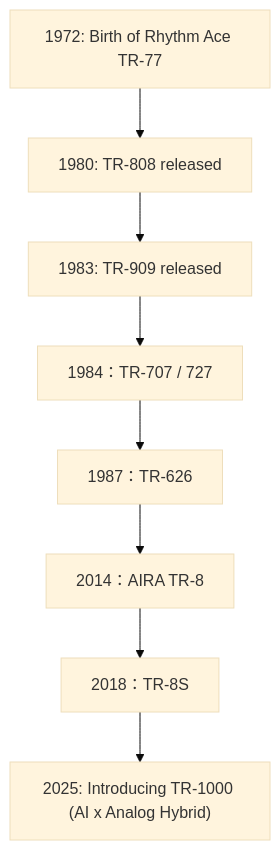
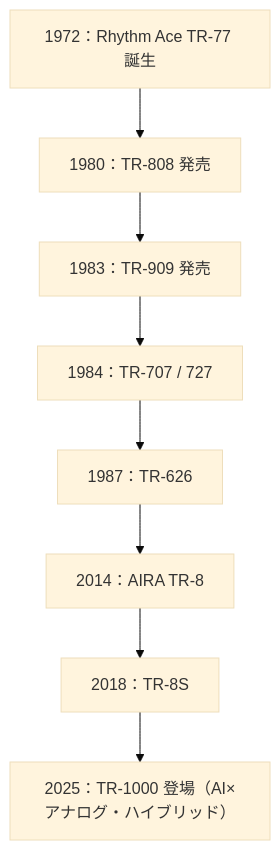
The diagram in en/_posts/2025-10-10-Colum-Roland-TR-1000.md (monumental-movement/monumental-movement.github.io), drawn with Mermaid (base theme) before and after one commit. The commit also changed other lines of this file and 2196 other files, not shown here.

```diff
--- a/en/_posts/2025-10-10-Colum-Roland-TR-1000.md
+++ b/en/_posts/2025-10-10-Colum-Roland-TR-1000.md
@@ -158,15 +157,15 @@
 <div class="mermaid">
 
 flowchart TD
-    A1972["1972: Birth of Rhythm Ace TR-77"]
-    A1980["1980: TR-808 released"]
-    A1983["1983: TR-909 released"]
+    A1972["1972：Rhythm Ace TR-77 誕生"]
+    A1980["1980：TR-808 発売"]
+    A1983["1983：TR-909 発売"]
     A1984["1984：TR-707 / 727"]
     A1987["1987：TR-626"]
     A2014["2014：AIRA TR-8"]
     A2018["2018：TR-8S"]
-    A2025["2025: Introducing TR-1000 (AI x Analog Hybrid)"]
+    A2025["2025：TR-1000 登場（AI×アナログ・ハイブリッド）"]
 
     A1972 --> A1980 --> A1983 --> A1984 --> A1987 --> A2014 --> A2018 --> A2025
 
 </div>
```
